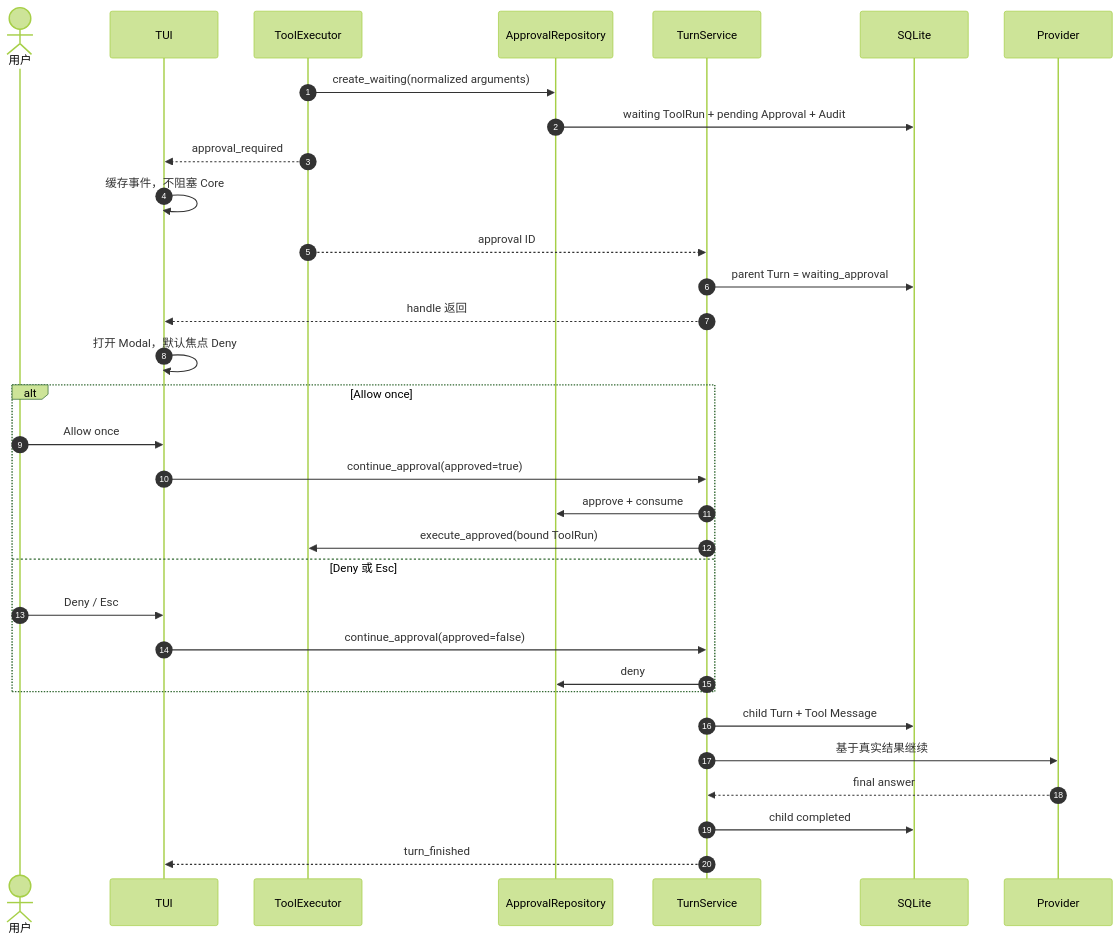
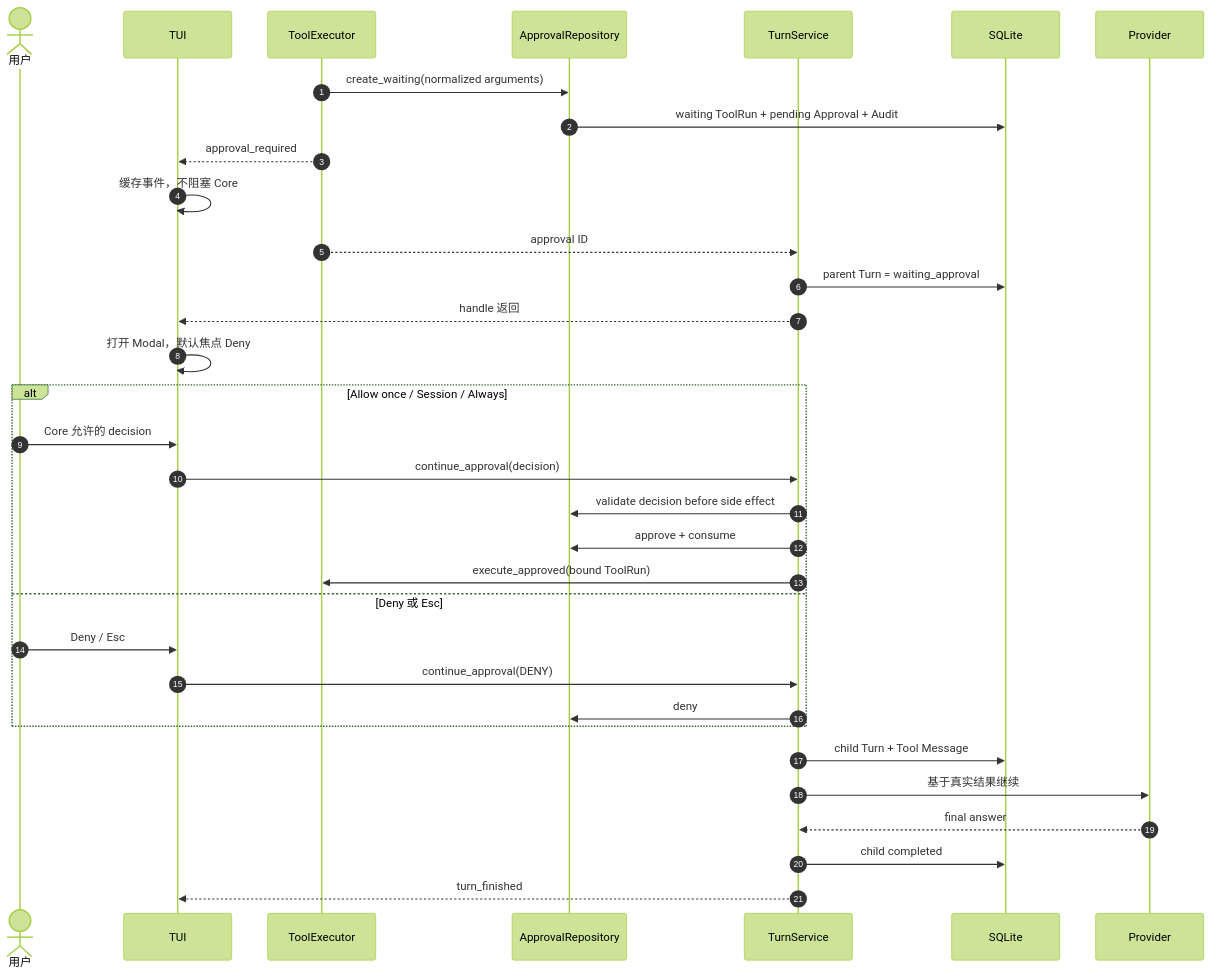
The fifth of 9 diagrams in docs/architecture/20260807_系统架构.md (NEDONION/lobster0), drawn with Mermaid (forest theme) before and after one commit. The commit also changed other lines of this file and 18 other files, not shown here.

````diff
--- a/docs/architecture/20260807_系统架构.md
+++ b/docs/architecture/20260807_系统架构.md
@@ -134,35 +138,36 @@
 ```mermaid
 sequenceDiagram
     autonumber
     actor User as 用户
     participant UI as TUI
     participant Exec as ToolExecutor
     participant Approval as ApprovalRepository
     participant Turn as TurnService
     participant Store as SQLite
     participant Model as Provider
 
     Exec->>Approval: create_waiting(normalized arguments)
     Approval->>Store: waiting ToolRun + pending Approval + Audit
     Exec-->>UI: approval_required
     UI->>UI: 缓存事件，不阻塞 Core
     Exec-->>Turn: approval ID
     Turn->>Store: parent Turn = waiting_approval
     Turn-->>UI: handle 返回
     UI->>UI: 打开 Modal，默认焦点 Deny
-    alt Allow once
-        User->>UI: Allow once
-        UI->>Turn: continue_approval(approved=true)
+    alt Allow once / Session / Always
+        User->>UI: Core 允许的 decision
+        UI->>Turn: continue_approval(decision)
+        Turn->>Approval: validate decision before side effect
         Turn->>Approval: approve + consume
         Turn->>Exec: execute_approved(bound ToolRun)
     else Deny 或 Esc
         User->>UI: Deny / Esc
-        UI->>Turn: continue_approval(approved=false)
+        UI->>Turn: continue_approval(DENY)
         Turn->>Approval: deny
     end
     Turn->>Store: child Turn + Tool Message
     Turn->>Model: 基于真实结果继续
     Model-->>Turn: final answer
     Turn->>Store: child completed
     Turn-->>UI: turn_finished
 ```
````
